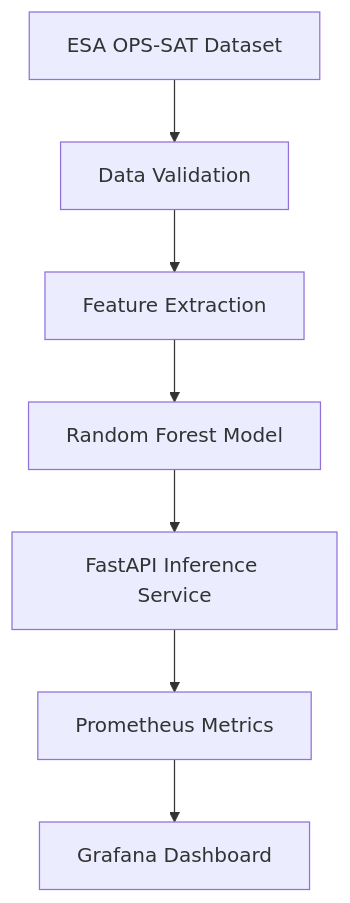
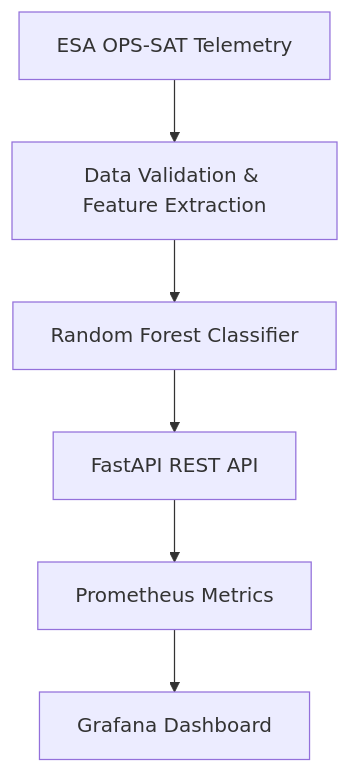
Before and after one commit to samuelHenris/sat-guard: the diagram in README.md, drawn with Mermaid. The commit also changed other lines of this file, not shown here.

Commit message:
Simplify SAT-GUARD README and highlight key results

````diff
--- a/README.md
+++ b/README.md
@@ -58,9 +16,8 @@
 ```mermaid
 flowchart TD
-    A["ESA OPS-SAT Dataset"] --> B["Data Validation"]
-    B --> C["Feature Extraction"]
-    C --> D["Random Forest Model"]
-    D --> E["FastAPI Inference Service"]
-    E --> F["Prometheus Metrics"]
-    F --> G["Grafana Dashboard"]
+    A["ESA OPS-SAT Telemetry"] --> B["Data Validation & Feature Extraction"]
+    B --> C["Random Forest Classifier"]
+    C --> D["FastAPI REST API"]
+    D --> E["Prometheus Metrics"]
+    E --> F["Grafana Dashboard"]
 ```
````
